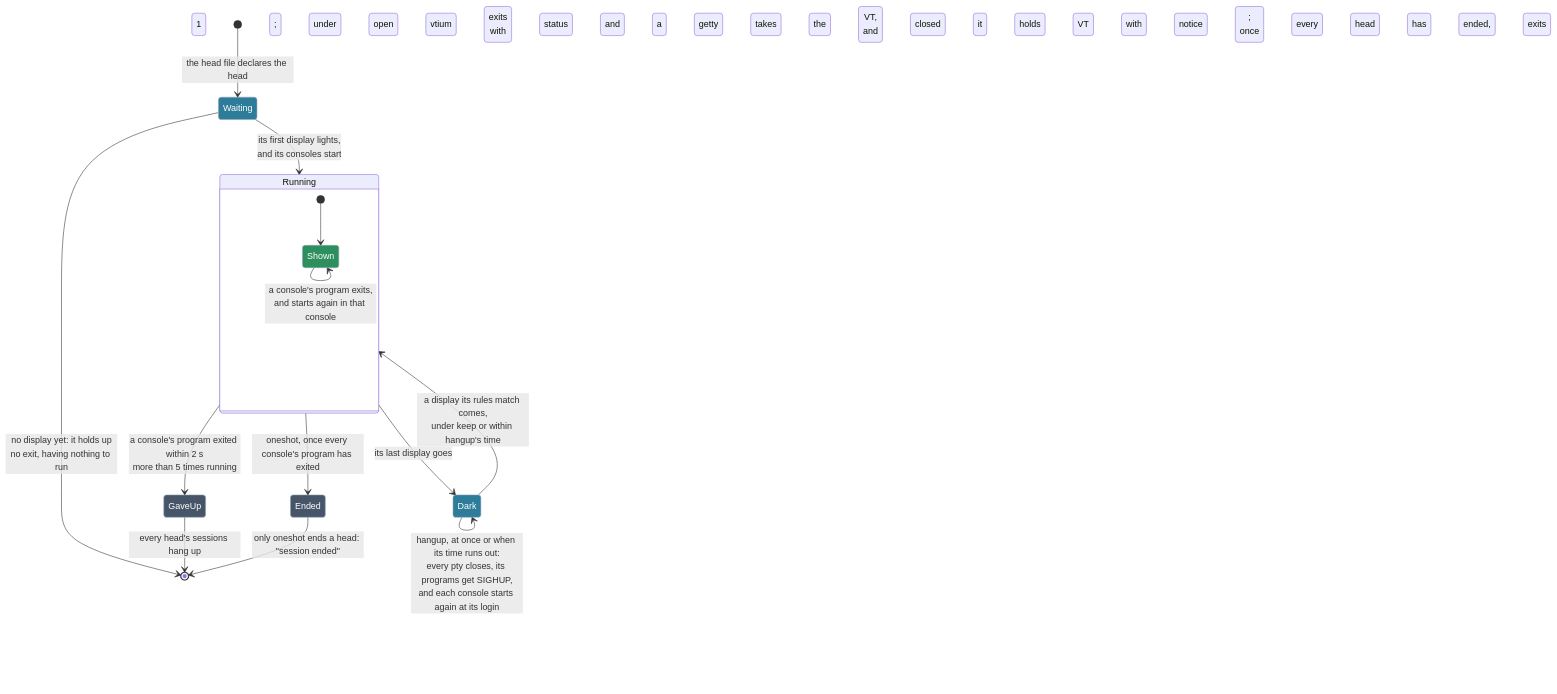
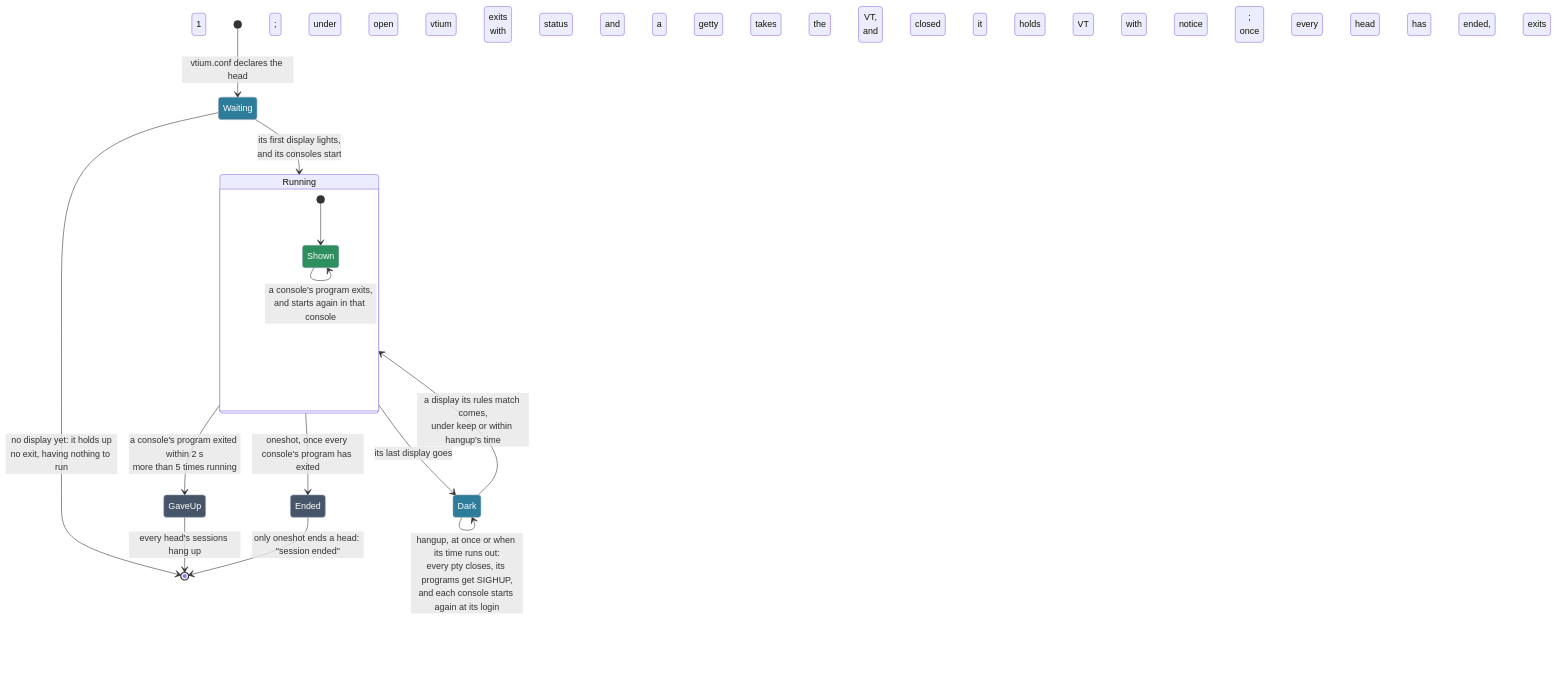
Before and after one commit to vtium/vtium: the diagram in docs/concepts/heads.md, drawn with Mermaid. The commit also changed other lines of this file and 7 other files, not shown here.

First line of the commit message:
docs(config): the nav, index pages, concepts, Makefile and bounds name vtium.conf

````diff
--- a/docs/concepts/heads.md
+++ b/docs/concepts/heads.md
@@ -13,24 +13,24 @@
 ```mermaid
 stateDiagram-v2
-    [*] --> Waiting: the head file declares the head
+    [*] --> Waiting: vtium.conf declares the head
     Waiting --> Running: its first display lights,<br>and its consoles start
     Waiting --> [*]: no display yet: it holds up<br>no exit, having nothing to run
     state Running {
         [*] --> Shown
         Shown --> Shown: Ctrl-Super-Right or Left<br>shows the next or the previous
         Shown --> Shown: a console's program exits,<br>and starts again in that console
     }
     Running --> Dark: its last display goes
     Dark --> Running: a display its rules match comes,<br>under keep or within hangup's time
     Dark --> Dark: hangup, at once or when its time runs out:<br>every pty closes, its programs get SIGHUP,<br>and each console starts again at its login
     Running --> GaveUp: a console's program exited within 2 s<br>more than 5 times running
     Running --> Ended: oneshot, once every console's program has exited
     GaveUp --> [*]: every head's sessions hang up; under open vtium exits<br>with status 1 and a getty takes the VT,<br>and under closed it holds the VT with a notice
     Ended --> [*]: only oneshot ends a head: "session ended";<br>once every head has ended, vtium exits
     classDef step fill:#2d7d9a,color:#ffffff,stroke:#94a3b8
     classDef done fill:#2d8e5e,color:#ffffff,stroke:#94a3b8
     classDef inert fill:#475569,color:#ffffff,stroke:#94a3b8
     class Waiting,Dark step
     class Shown done
     class GaveUp,Ended inert
 ```
````
